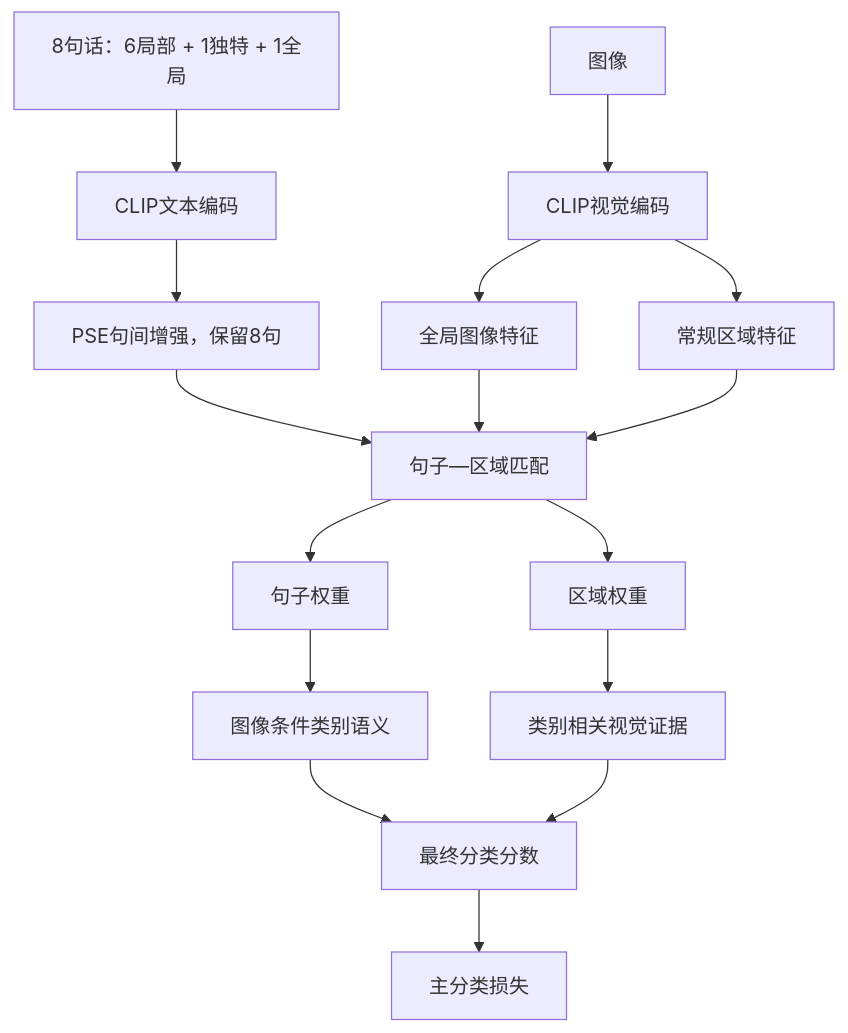
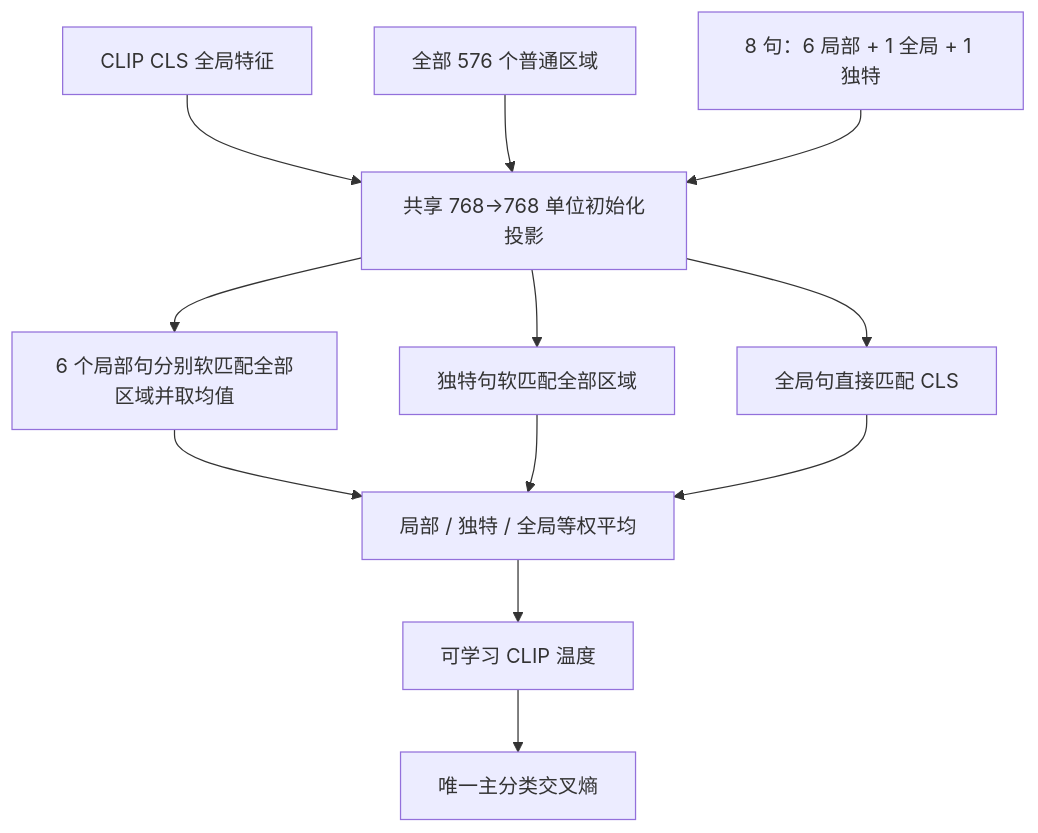
The diagram in experiments/v5/innovation/INNOVATION-011_clean_v6_candidate/framework_diagram.md (GetlotMoney/GTPJ), drawn with Mermaid before and after one commit. The commit also changed other lines of this file and 23 other files, not shown here.

````diff
--- a/experiments/v5/innovation/INNOVATION-011_clean_v6_candidate/framework_diagram.md
+++ b/experiments/v5/innovation/INNOVATION-011_clean_v6_candidate/framework_diagram.md
@@ -3,18 +3,14 @@
 ```mermaid
 flowchart TD
-  I["图像"] --> V["CLIP视觉编码"]
-  V --> G["全局图像特征"]
-  V --> R["常规区域特征"]
-  T["8句话：6局部 + 1独特 + 1全局"] --> E["CLIP文本编码"]
-  E --> P["PSE句间增强，保留8句"]
-  P --> M["句子—区域匹配"]
-  G --> M
-  R --> M
-  M --> SW["句子权重"]
-  M --> RW["区域权重"]
-  SW --> C["图像条件类别语义"]
-  RW --> L["类别相关视觉证据"]
-  C --> S["最终分类分数"]
-  L --> S
-  S --> CE["主分类损失"]
+  C["CLIP CLS 全局特征"] --> P["共享 768→768 单位初始化投影"]
+  R["全部 576 个普通区域"] --> P
+  T["8 句：6 局部 + 1 全局 + 1 独特"] --> P
+  P --> L["6 个局部句分别软匹配全部区域并取均值"]
+  P --> U["独特句软匹配全部区域"]
+  P --> G["全局句直接匹配 CLS"]
+  L --> A["局部 / 独特 / 全局等权平均"]
+  U --> A
+  G --> A
+  A --> S["可学习 CLIP 温度"]
+  S --> CE["唯一主分类交叉熵"]
 ```
````
